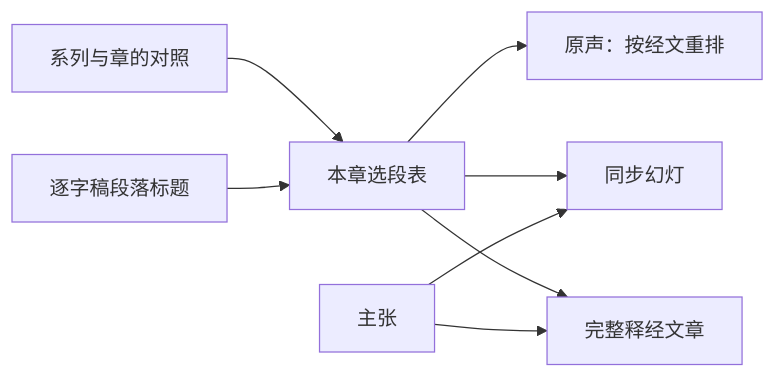
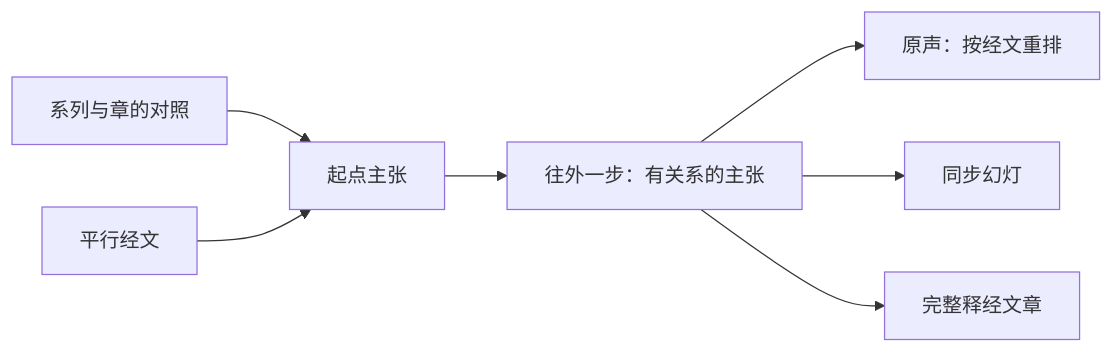
Before and after one commit to junyang168/smart-answer: the diagram in docs/wang-knowledge-platform/30-authoring/matthew_chapter_exposition_page_solution.md, drawn with Mermaid. The commit also changed other lines of this file, not shown here.

First line of the commit message:
docs: compute chapter material from Claim data, with parallel passages

````diff
--- a/docs/wang-knowledge-platform/30-authoring/matthew_chapter_exposition_page_solution.md
+++ b/docs/wang-knowledge-platform/30-authoring/matthew_chapter_exposition_page_solution.md
@@ -69,10 +72,9 @@
 ```mermaid
 flowchart LR
-    SERIES["系列与章的对照"] --> SELECT["本章选段表"]
-    HEADINGS["逐字稿段落标题"] --> SELECT
+    SERIES["系列与章的对照"] --> SEED["起点主张"]
+    PARALLEL["平行经文"] --> SEED
+    SEED --> SELECT["往外一步：有关系的主张"]
     SELECT --> AUDIO["原声：按经文重排"]
     SELECT --> SLIDES["同步幻灯"]
     SELECT --> ARTICLE["完整释经文章"]
-    CLAIMS["主张"] --> SLIDES
-    CLAIMS --> ARTICLE
 ```
````
